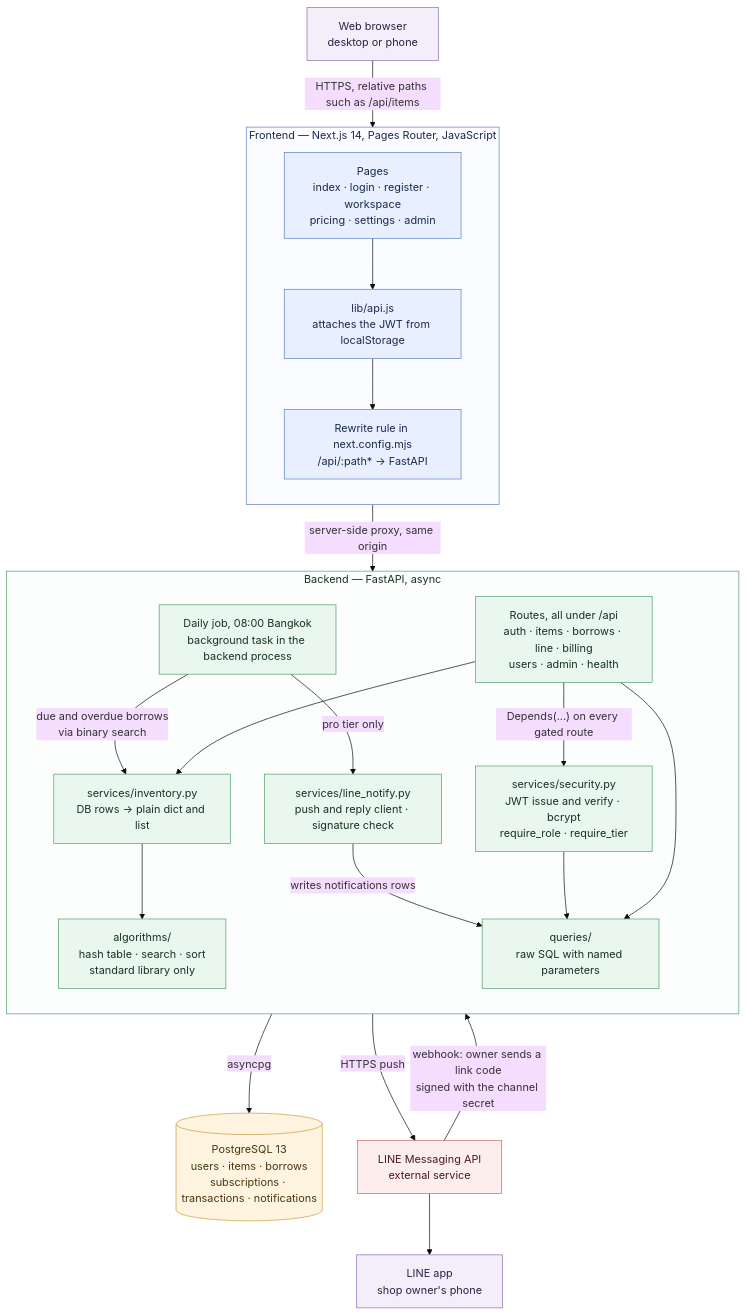
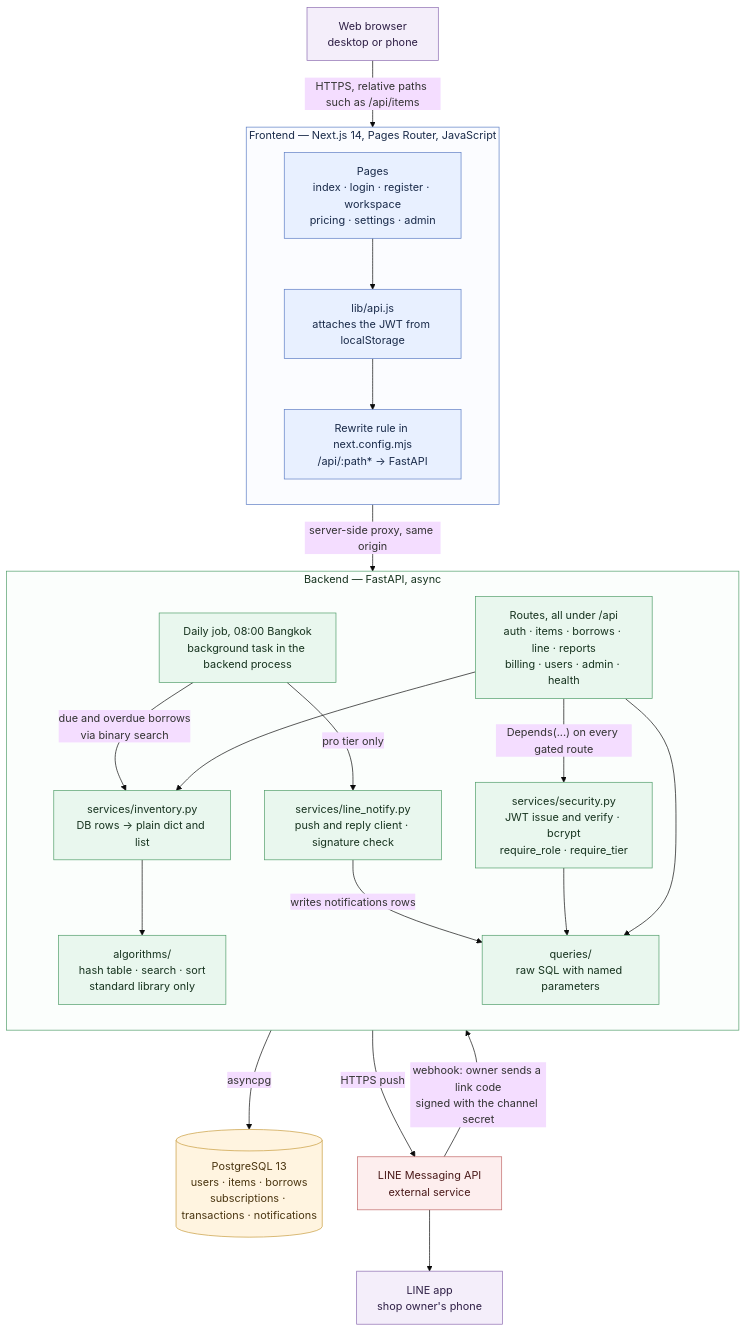
One commit to S-Nithit/LEBIS-Project changed the first of 2 diagrams in docs/architecture.md. Above: the diagram before and after it, drawn with Mermaid (base theme). The commit also changed 7 other files, not shown here.

````diff
--- a/docs/architecture.md
+++ b/docs/architecture.md
@@ -15,57 +15,57 @@
 ```mermaid
 flowchart TB
     browser["Web browser<br/>desktop or phone"]
 
     subgraph frontend["Frontend — Next.js 14, Pages Router, JavaScript"]
         direction TB
         pages["Pages<br/>index · login · register · workspace<br/>pricing · settings · admin"]
         apilib["lib/api.js<br/>attaches the JWT from localStorage"]
         rewrite["Rewrite rule in next.config.mjs<br/>/api/:path* → FastAPI"]
         pages --> apilib --> rewrite
     end
 
     subgraph backend["Backend — FastAPI, async"]
         direction TB
-        routes["Routes, all under /api<br/>auth · items · borrows · line · billing<br/>users · admin · health"]
+        routes["Routes, all under /api<br/>auth · items · borrows · line · reports<br/>billing · users · admin · health"]
         security["services/security.py<br/>JWT issue and verify · bcrypt<br/>require_role · require_tier"]
         inventory["services/inventory.py<br/>DB rows → plain dict and list"]
         algorithms["algorithms/<br/>hash table · search · sort<br/>standard library only"]
         queries["queries/<br/>raw SQL with named parameters"]
         job["Daily job, 08:00 Bangkok<br/>background task in the backend process"]
         notify["services/line_notify.py<br/>push and reply client · signature check"]
 
         routes -->|"Depends(...) on every gated route"| security
         routes --> inventory --> algorithms
         routes --> queries
         security --> queries
         job -->|"due and overdue borrows<br/>via binary search"| inventory
         job -->|"pro tier only"| notify
         notify -->|"writes notifications rows"| queries
     end
 
     db[("PostgreSQL 13<br/>users · items · borrows<br/>subscriptions · transactions · notifications")]
     lineapi["LINE Messaging API<br/>external service"]
     lineapp["LINE app<br/>shop owner's phone"]
 
     browser -->|"HTTPS, relative paths such as /api/items"| pages
     rewrite -->|"server-side proxy, same origin"| routes
     queries -->|"asyncpg"| db
     notify -->|"HTTPS push"| lineapi
     lineapi --> lineapp
     lineapi -->|"webhook: owner sends a link code<br/>signed with the channel secret"| routes
 
     classDef client fill:#f4eefa,stroke:#8b6bb1,color:#2e1f45
     classDef web fill:#e8f0ff,stroke:#5b7cc4,color:#1a2b4a
     classDef api fill:#e9f7ee,stroke:#4f9d69,color:#17331f
     classDef store fill:#fff4e0,stroke:#c89b3c,color:#4a3510
     classDef ext fill:#fdeeee,stroke:#c06767,color:#4a1a1a
 
     class browser,lineapp client
     class pages,apilib,rewrite web
     class routes,security,inventory,algorithms,queries,job,notify api
     class db store
     class lineapi ext
 
     style frontend fill:#fbfcff,stroke:#5b7cc4,color:#1a2b4a
     style backend fill:#fbfefc,stroke:#4f9d69,color:#17331f
 ```
````
